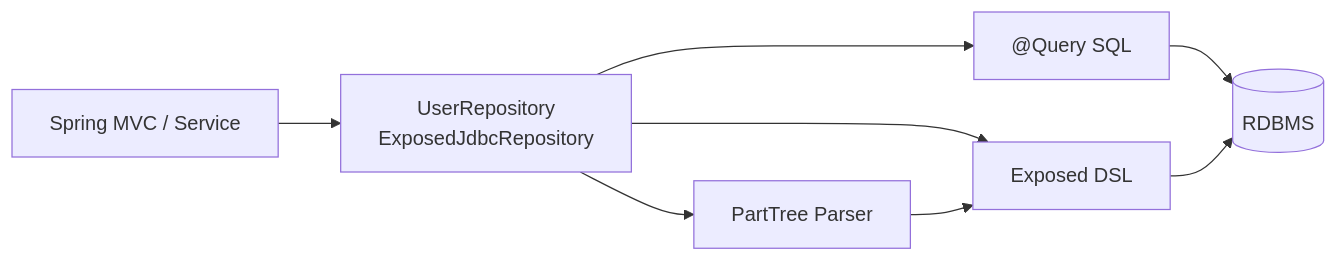
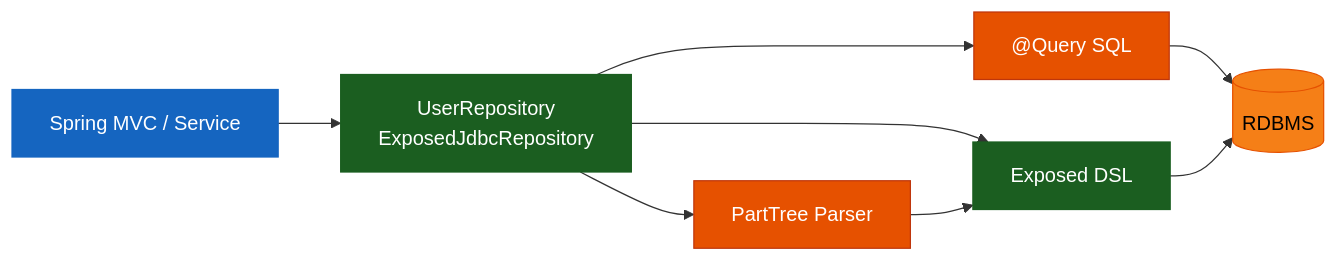
Before and after one commit to bluetape4k/bluetape4k-projects: the second of 2 diagrams in spring-boot3/exposed-jdbc/README.ko.md, drawn with Mermaid. The commit also changed other lines of this file and 221 other files, not shown here.

First line of the commit message:
docs: 전체 모듈 README UML 다이어그램 보강 및 색상 업그레이드

````diff
--- a/spring-boot3/exposed-jdbc/README.ko.md
+++ b/spring-boot3/exposed-jdbc/README.ko.md
@@ -66,17 +73,29 @@
 ```mermaid
 flowchart LR
     Controller["Spring MVC / Service"]
     Repo["UserRepository<br/>ExposedJdbcRepository"]
     PartTree["PartTree Parser"]
     Query["@Query SQL"]
     DSL["Exposed DSL"]
     DB[("RDBMS")]
 
     Controller --> Repo
     Repo --> PartTree
     Repo --> Query
     Repo --> DSL
     PartTree --> DSL
     Query --> DB
     DSL --> DB
+
+    classDef serviceStyle fill:#1565C0,stroke:#1565C0,color:#FFFFFF
+    classDef coreStyle fill:#1B5E20,stroke:#1B5E20,color:#FFFFFF
+    classDef dataStyle fill:#F57F17,stroke:#E65100,color:#000000
+    classDef utilStyle fill:#E65100,stroke:#BF360C,color:#FFFFFF
+
+    class Controller serviceStyle
+    class Repo coreStyle
+    class PartTree utilStyle
+    class Query utilStyle
+    class DSL coreStyle
+    class DB dataStyle
 ```
````
